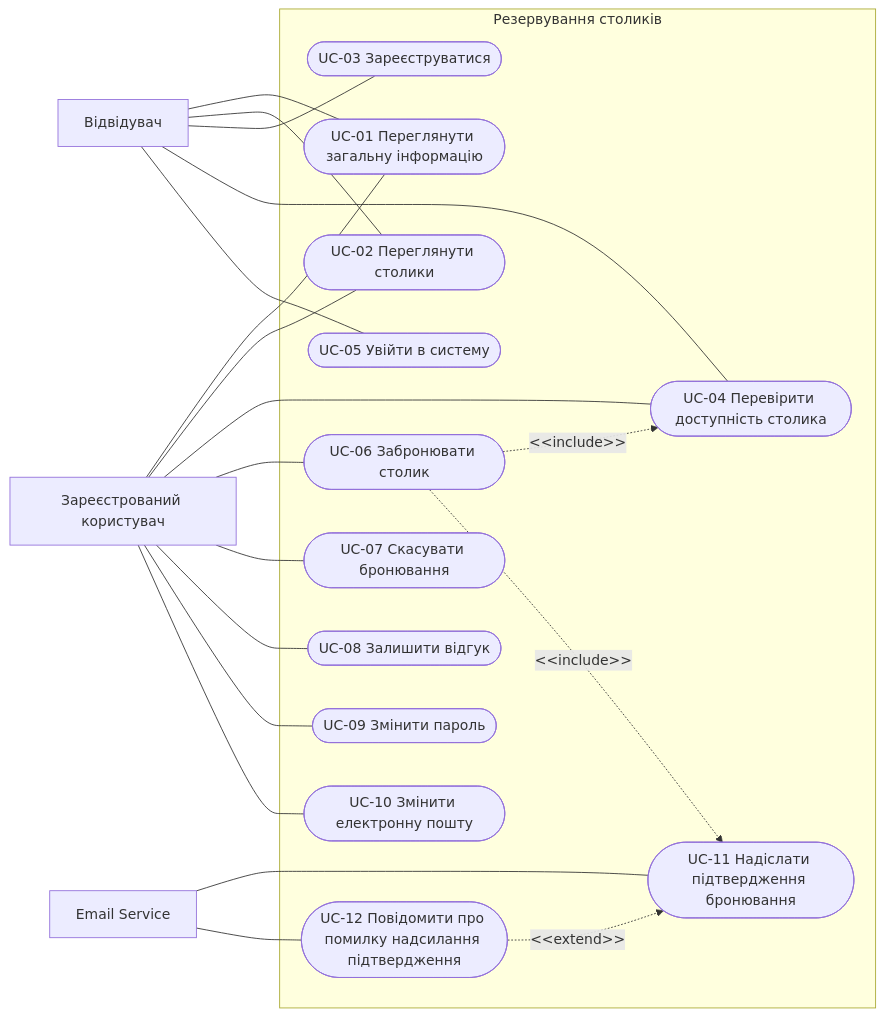
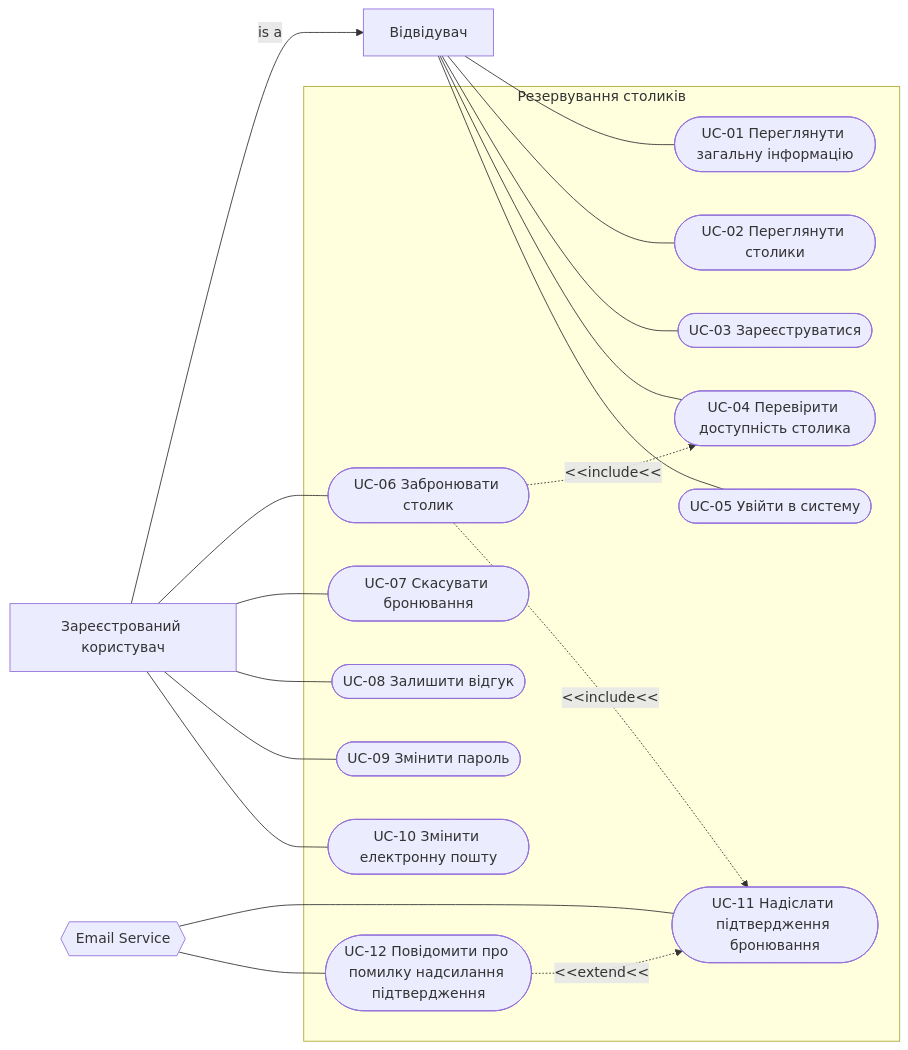
Before and after one commit to Vvvvvaleriia/Labs-KPI: the diagram in lab2/use-case-diagram.md, drawn with Mermaid. The commit also changed 1 other file, not shown here.

Commit message:
add actor generalization

````diff
--- a/lab2/use-case-diagram.md
+++ b/lab2/use-case-diagram.md
@@ -1,41 +1,42 @@
 ```mermaid
 flowchart LR
-Visitor["Відвідувач"]
-Registered["Зареєстрований користувач"]
-Email["Email Service"]
+    Visitor["Відвідувач"]
+    Registered["Зареєстрований користувач"]
+    Email{{"Email Service"}}
+
+    Registered -->|is a| Visitor
 
     subgraph System["Резервування столиків"]
         UC01(["UC-01 Переглянути загальну інформацію"])
         UC02(["UC-02 Переглянути столики"])
         UC03(["UC-03 Зареєструватися"])
         UC04(["UC-04 Перевірити доступність столика"])
         UC05(["UC-05 Увійти в систему"])
         UC06(["UC-06 Забронювати столик"])
         UC07(["UC-07 Скасувати бронювання"])
         UC08(["UC-08 Залишити відгук"])
         UC09(["UC-09 Змінити пароль"])
         UC10(["UC-10 Змінити електронну пошту"])
         UC11(["UC-11 Надіслати підтвердження бронювання"])
         UC12(["UC-12 Повідомити про помилку надсилання підтвердження"])
     end
 
     Visitor --- UC01
-    Registered --- UC01
     Visitor --- UC02
-    Registered --- UC02
     Visitor --- UC03
     Visitor --- UC04
-    Registered --- UC04
     Visitor --- UC05
+
     Registered --- UC06
     Registered --- UC07
     Registered --- UC08
     Registered --- UC09
     Registered --- UC10
+
     Email --- UC11
     Email --- UC12
 
-    UC06 -. "&lt;&lt;include&gt;&gt;" .-> UC04
-    UC06 -. "&lt;&lt;include&gt;&gt;" .-> UC11
-    UC12 -. "&lt;&lt;extend&gt;&gt;" .-> UC11
+    UC06 -. "&lt;&lt;include&lt;&lt;" .-> UC04
+    UC06 -. "&lt;&lt;include&lt;&lt;" .-> UC11
+    UC12 -. "&lt;&lt;extend&lt;&lt;" .-> UC11
 ```
````
